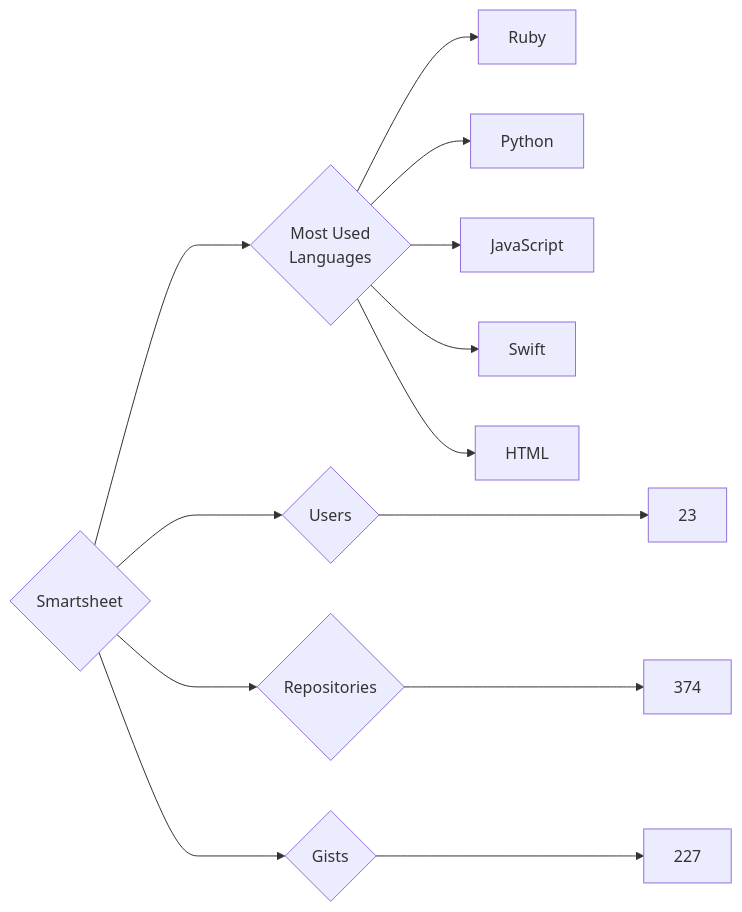
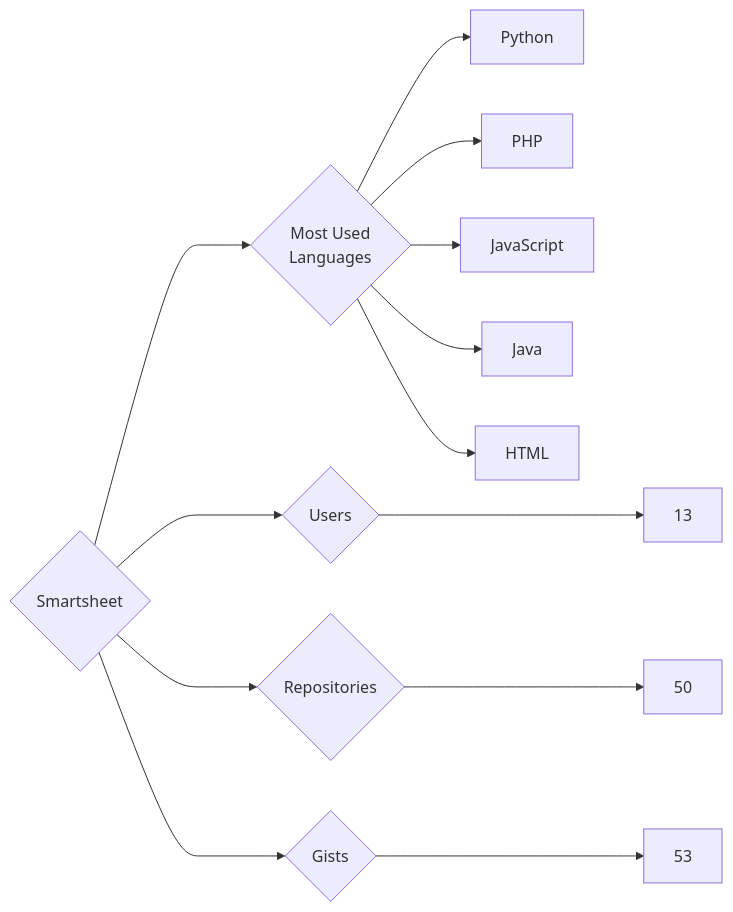
The diagram in targets/Smartsheet/README.md (trickest/insiders), drawn with Mermaid before and after one commit. The commit also changed 839 other files, not shown here.

````diff
--- a/targets/Smartsheet/README.md
+++ b/targets/Smartsheet/README.md
@@ -3,13 +3,13 @@
 ```mermaid
 graph LR
 COMPANY_NAME{Smartsheet}
-COMPANY_NAME ---> U{Users} ---> UN[23]
-COMPANY_NAME ---> R{Repositories} ---> RN[374]
-COMPANY_NAME ---> G{Gists} ---> GN[227]
+COMPANY_NAME ---> U{Users} ---> UN[13]
+COMPANY_NAME ---> R{Repositories} ---> RN[50]
+COMPANY_NAME ---> G{Gists} ---> GN[53]
 COMPANY_NAME ---> ML{Most Used<br>Languages}
-ML --> Ruby[Ruby]
 ML --> Python[Python]
+ML --> PHP[PHP]
 ML --> JavaScript[JavaScript]
-ML --> Swift[Swift]
+ML --> Java[Java]
 ML --> HTML[HTML]
 ```
````
